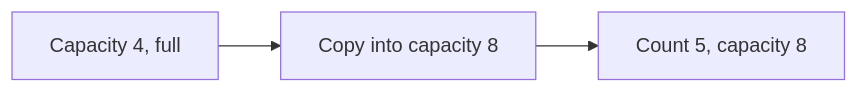
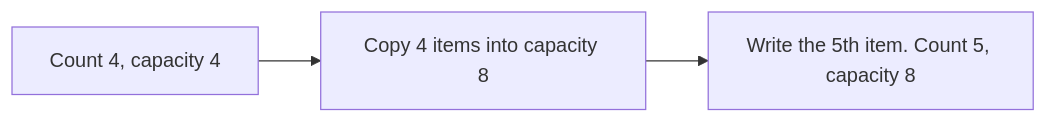
Before and after one commit to xolghadr/dsa-guide: the fifth of 19 diagrams in ReadMe.md, drawn with Mermaid. The commit also changed other lines of this file, not shown here.

````diff
--- a/ReadMe.md
+++ b/ReadMe.md
@@ -220,5 +224,5 @@
 ```mermaid
 flowchart LR
-    old["Capacity 4, full"] --> copy[Copy into capacity 8]
-    copy --> grow["Count 5, capacity 8"]
+    full["Count 4, capacity 4"] --> copy["Copy 4 items into capacity 8"]
+    copy --> grown["Write the 5th item. Count 5, capacity 8"]
 ```
````
